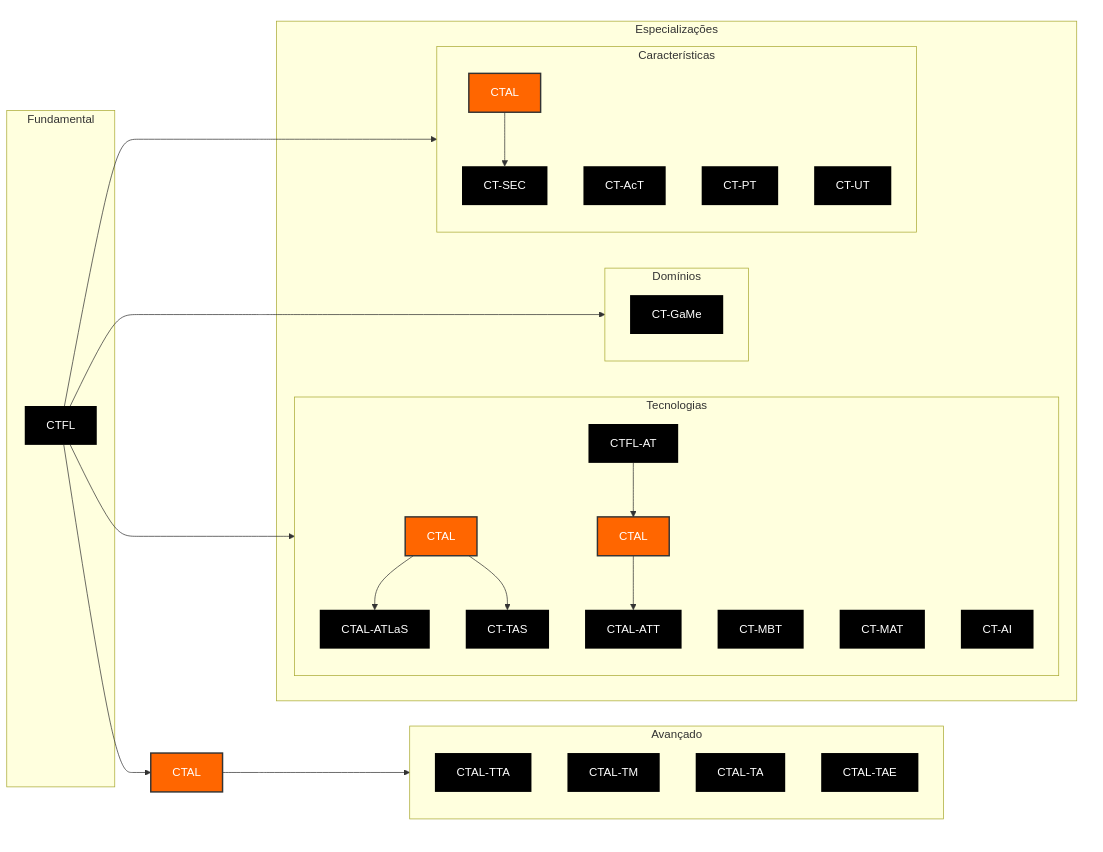
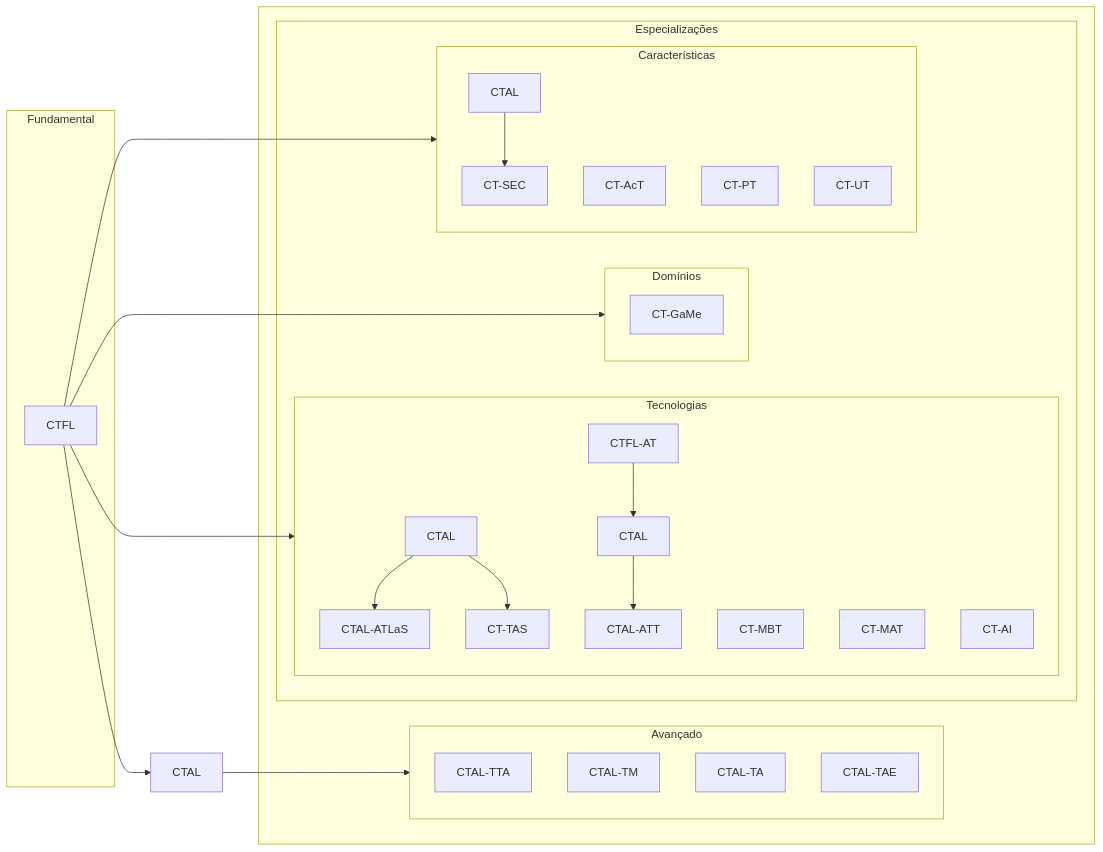
One commit to GabriOliv/garden changed the diagram in docs/istqb/README.md. Above: the diagram before and after it, drawn with Mermaid. The commit also changed 4 other files, not shown here.

First line of the commit message:
feat: cores dos diagramas em tokens do Dossier

````diff
--- a/docs/istqb/README.md
+++ b/docs/istqb/README.md
@@ -13,54 +13,51 @@
 ```mermaid
 	%%{init:{'flowchart':{'useMaxWidth':'true'}}}%%
 	flowchart LR
 
-		classDef node fill:#000F,color:#FFFF,stroke:#0000;
-		classDef ctal fill:#F60,stroke:#333,stroke-width:2px;
-		classDef invi fill:#0000,stroke:#0000;
 
 		S1:::invi
 
 		subgraph S0["Fundamental"]
 			A[CTFL]
 		end
 
 		R1[CTAL]:::ctal
 
 		subgraph S1[" "]
 			subgraph S2["Avançado"]
 				B[CTAL-TTA]
 				C[CTAL-TM]
 				D[CTAL-TA]
 				E[CTAL-TAE]
 			end
 			subgraph S3["Especializações"]
 				subgraph S4["Tecnologias"]
 					R2[CTAL]:::ctal
 					R3[CTAL]:::ctal
 					F[CTFL-AT]
 					G[CTAL-ATT]
 					H[CTAL-ATLaS]
 					I[CT-TAS]
 					J[CT-MBT]
 					K[CT-MAT]
 					L[CT-AI]
 				end
 				subgraph S5["Domínios"]
 					M[CT-GaMe]
 				end
 				subgraph S6["Características"]
 					R4[CTAL]:::ctal
 					N[CT-AcT]
 					O[CT-PT]
 					P[CT-SEC]
 					Q[CT-UT]
 				end
 			end
 		end
 
 		A --> R1 --> S2;
 		R2 --> H & I;
 		F --> R3 --> G;
 		R4 --> P;
 		A --> S4 & S5 & S6;
 ```
````
